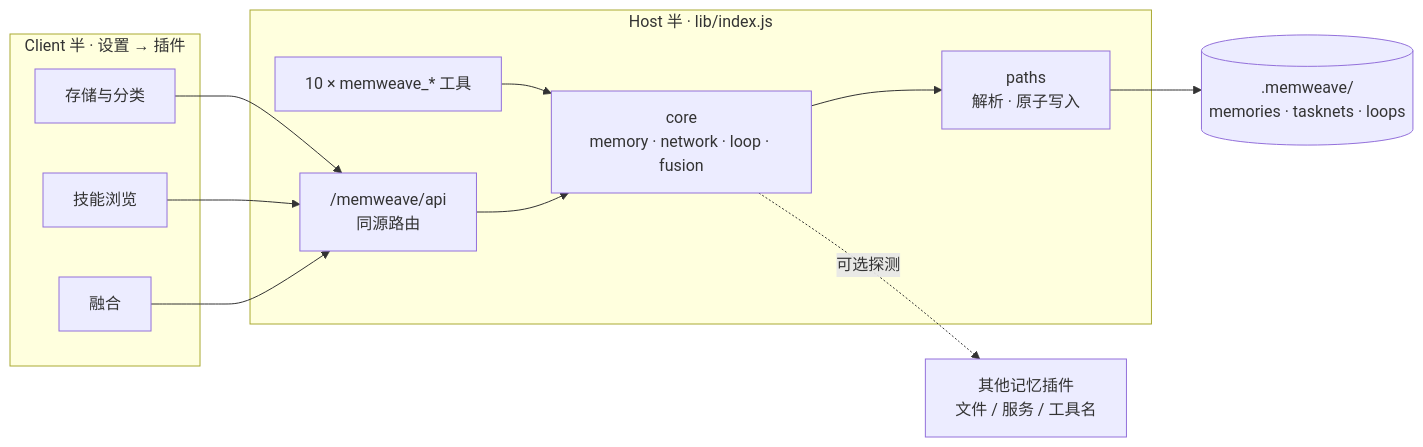
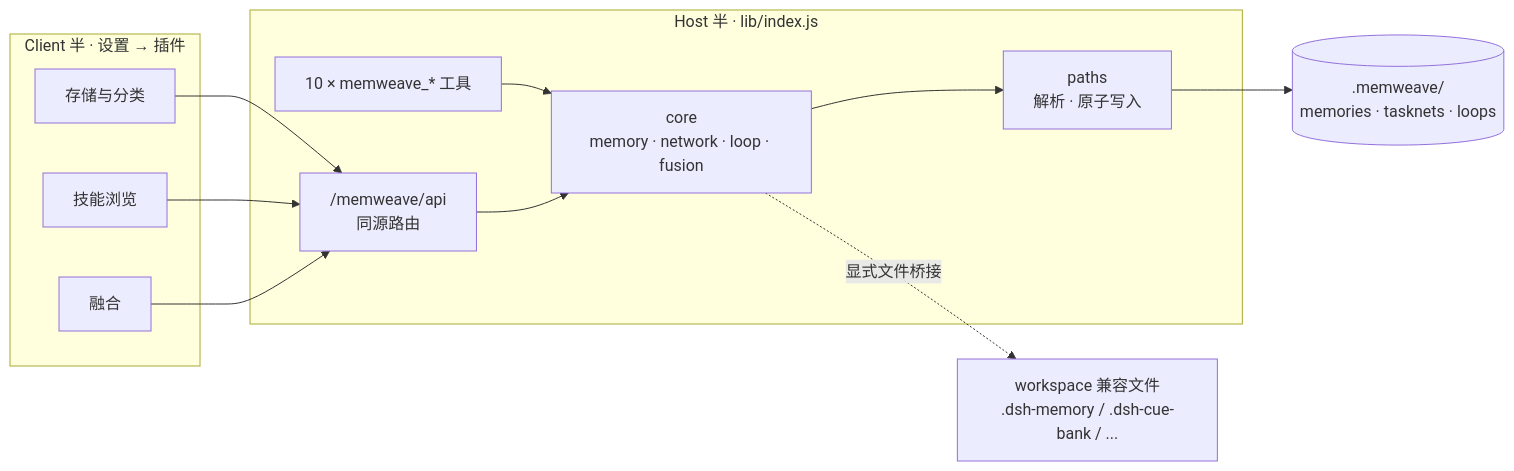
One commit to lw24-1936/dsh-memweave changed the first of 2 diagrams in README.md. Above: the diagram before and after it, drawn with Mermaid. The commit also changed other lines of this file and 13 other files, not shown here.

````diff
--- a/README.md
+++ b/README.md
@@ -128,24 +127,24 @@
 ```mermaid
 flowchart LR
   subgraph C["Client 半 · 设置 → 插件"]
     UI1["存储与分类"]
     UI2["技能浏览"]
     UI3["融合"]
   end
 
   subgraph H["Host 半 · lib/index.js"]
     TOOLS["10 × memweave_* 工具"]
     API["/memweave/api<br/>同源路由"]
     CORE["core<br/>memory · network · loop · fusion"]
     PATHS["paths<br/>解析 · 原子写入"]
   end
 
   UI1 --> API
   UI2 --> API
   UI3 --> API
   TOOLS --> CORE
   API --> CORE
   CORE --> PATHS
   PATHS --> STORE[(".memweave/<br/>memories · tasknets · loops")]
-  CORE -. 可选探测 .-> OTHER["其他记忆插件<br/>文件 / 服务 / 工具名"]
+  CORE -. 显式文件桥接 .-> OTHER["workspace 兼容文件<br/>.dsh-memory / .dsh-cue-bank / ..."]
 ```
````
